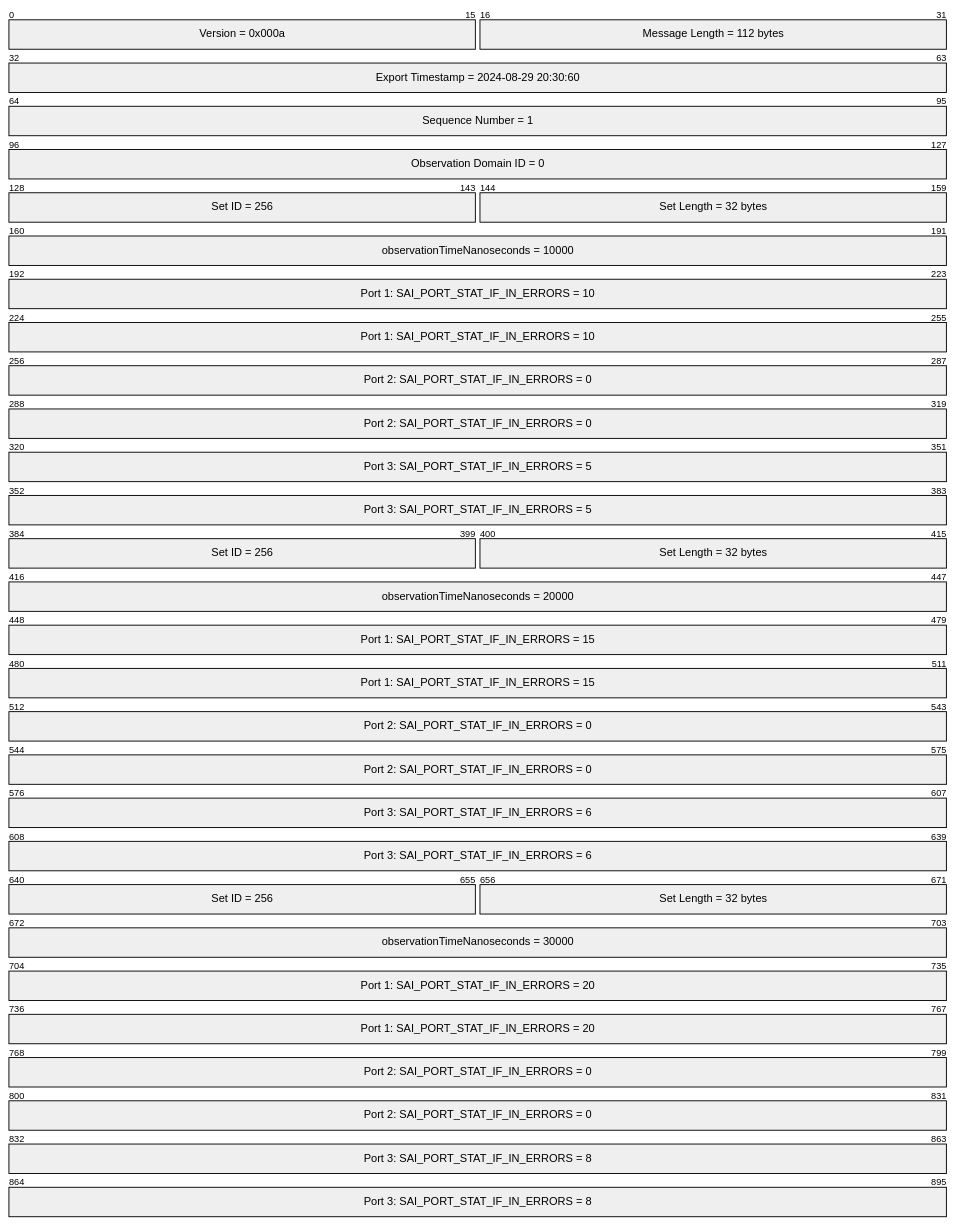
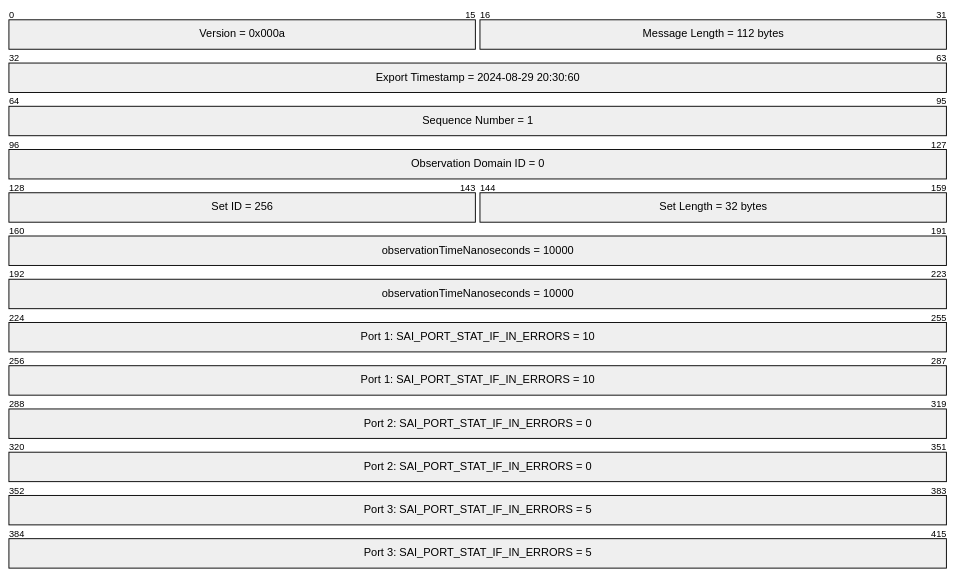
The seventh of 9 diagrams in doc/stream-telemetry/stream-telemetry-hld.md (sonic-net/SONiC), drawn with Mermaid before and after one commit. The commit also changed other lines of this file and 1 other file, not shown here.

````diff
--- a/doc/stream-telemetry/stream-telemetry-hld.md
+++ b/doc/stream-telemetry/stream-telemetry-hld.md
@@ -298,30 +300,18 @@
 ``` mermaid
 
 ---
 title: stream message IPFIX
 ---
 packet-beta
 0-15: "Version = 0x000a"
 16-31: "Message Length = 112 bytes"
 32-63: "Export Timestamp = 2024-08-29 20:30:60"
 64-95: "Sequence Number = 1"
 96-127: "Observation Domain ID = 0"
 128-143: "Set ID = 256"
 144-159: "Set Length = 32 bytes"
-160-191: "observationTimeNanoseconds = 10000"
-192-255: "Port 1: SAI_PORT_STAT_IF_IN_ERRORS = 10"
-256-319: "Port 2: SAI_PORT_STAT_IF_IN_ERRORS = 0"
-320-383: "Port 3: SAI_PORT_STAT_IF_IN_ERRORS = 5"
-384-399: "Set ID = 256"
-400-415: "Set Length = 32 bytes"
-416-447: "observationTimeNanoseconds = 20000"
-448-511: "Port 1: SAI_PORT_STAT_IF_IN_ERRORS = 15"
-512-575: "Port 2: SAI_PORT_STAT_IF_IN_ERRORS = 0"
-576-639: "Port 3: SAI_PORT_STAT_IF_IN_ERRORS = 6"
-640-655: "Set ID = 256"
-656-671: "Set Length = 32 bytes"
-672-703: "observationTimeNanoseconds = 30000"
-704-767: "Port 1: SAI_PORT_STAT_IF_IN_ERRORS = 20"
-768-831: "Port 2: SAI_PORT_STAT_IF_IN_ERRORS = 0"
-832-895: "Port 3: SAI_PORT_STAT_IF_IN_ERRORS = 8"
+160-223: "observationTimeNanoseconds = 10000"
+224-287: "Port 1: SAI_PORT_STAT_IF_IN_ERRORS = 10"
+288-351: "Port 2: SAI_PORT_STAT_IF_IN_ERRORS = 0"
+352-415: "Port 3: SAI_PORT_STAT_IF_IN_ERRORS = 5"
 ```
````
